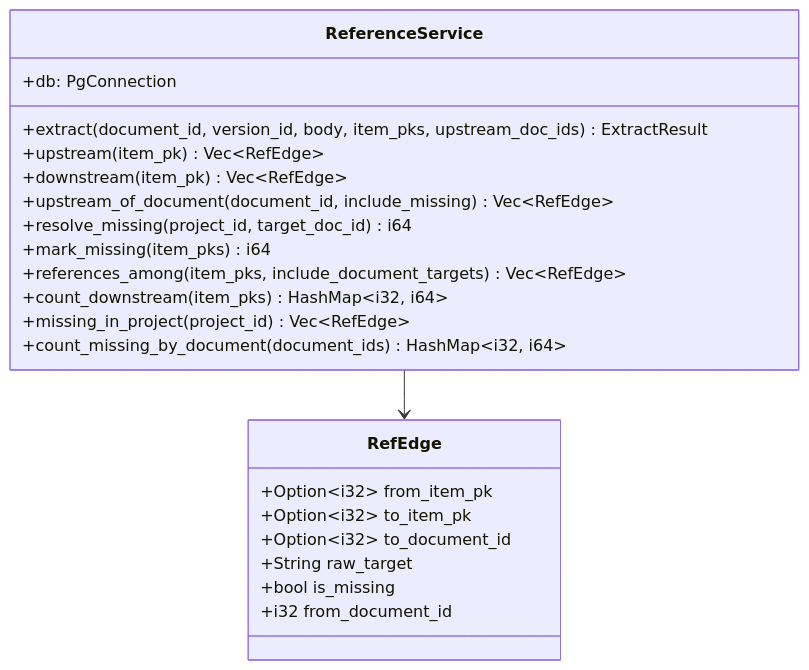
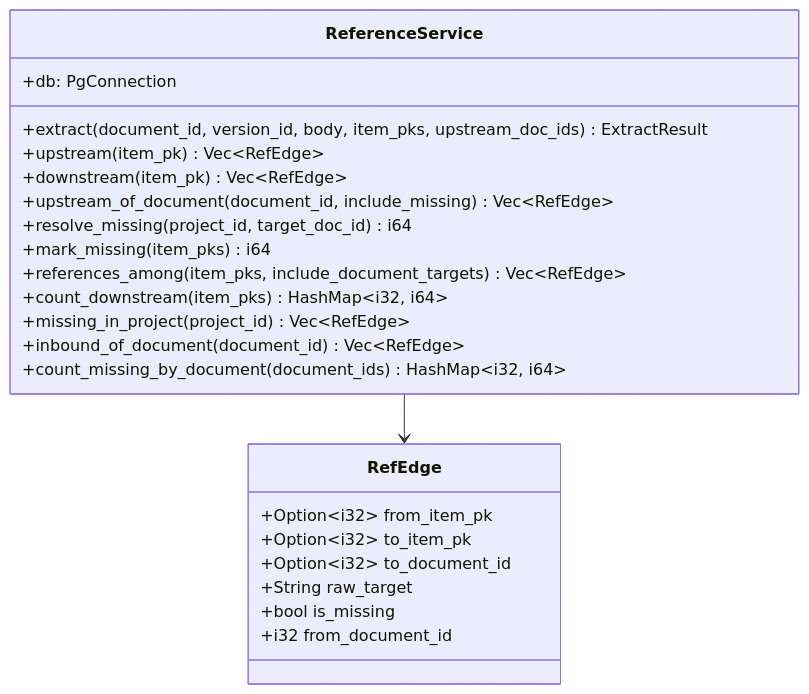
Before and after one commit to HoyoungParkme/syncdoc: the third of 6 diagrams in docs/specs/06-DOM/SYNC-DOM-004.md, drawn with Mermaid. The commit also changed other lines of this file, not shown here.

````diff
--- a/docs/specs/06-DOM/SYNC-DOM-004.md
+++ b/docs/specs/06-DOM/SYNC-DOM-004.md
@@ -456,25 +462,26 @@
 ```mermaid
 classDiagram
     class ReferenceService {
         +db: PgConnection
         +extract(document_id, version_id, body, item_pks, upstream_doc_ids) ExtractResult
         +upstream(item_pk) Vec~RefEdge~
         +downstream(item_pk) Vec~RefEdge~
         +upstream_of_document(document_id, include_missing) Vec~RefEdge~
         +resolve_missing(project_id, target_doc_id) i64
         +mark_missing(item_pks) i64
         +references_among(item_pks, include_document_targets) Vec~RefEdge~
         +count_downstream(item_pks) HashMap~i32, i64~
         +missing_in_project(project_id) Vec~RefEdge~
+        +inbound_of_document(document_id) Vec~RefEdge~
         +count_missing_by_document(document_ids) HashMap~i32, i64~
     }
     class RefEdge {
         +Option~i32~ from_item_pk
         +Option~i32~ to_item_pk
         +Option~i32~ to_document_id
         +String raw_target
         +bool is_missing
         +i32 from_document_id
     }
     ReferenceService --> RefEdge
 ```
````
